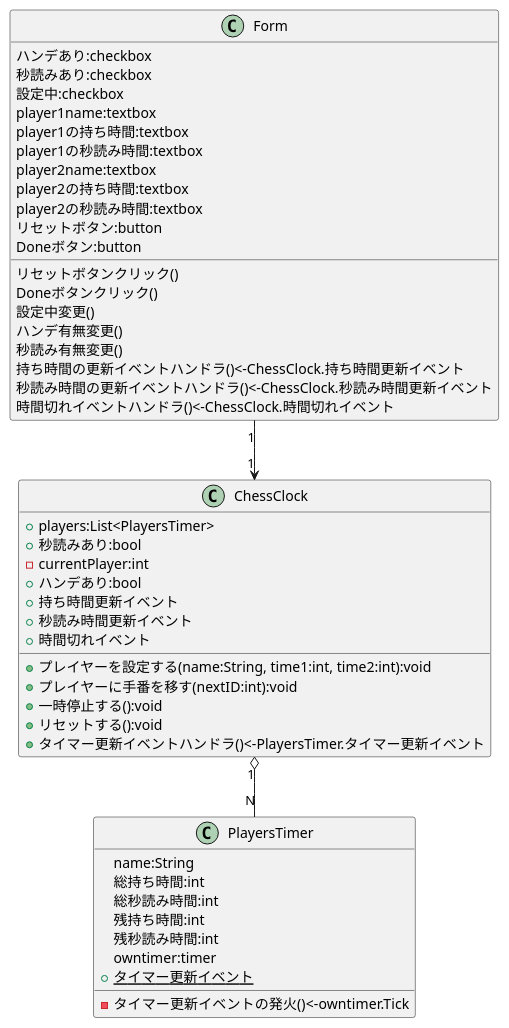
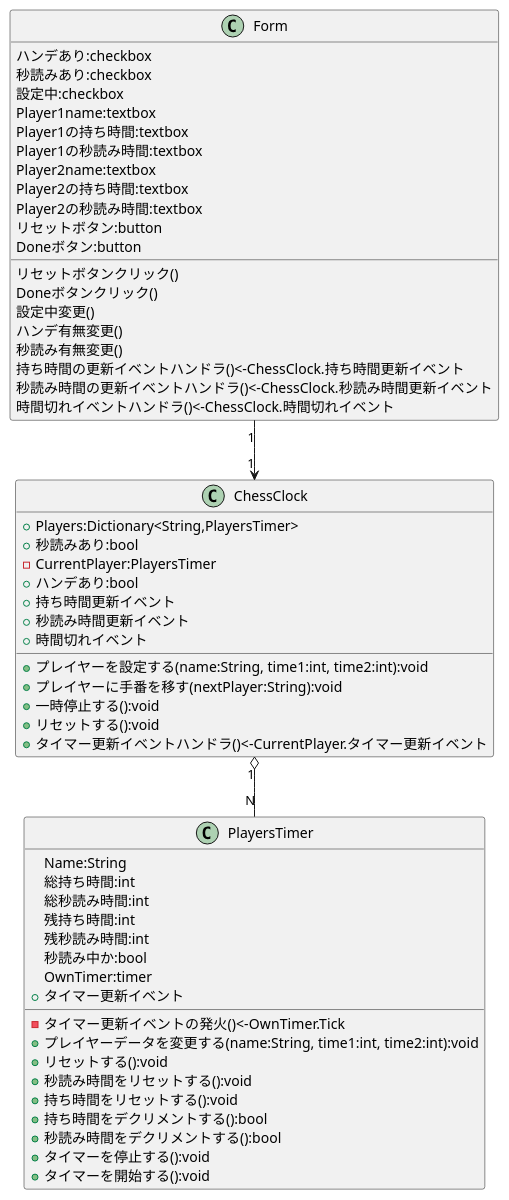
One commit to hiratashinnya/ChessClock changed the diagram in docs/07_Class.md. Above: the diagram before and after it, drawn with PlantUML.

Commit message:
クラス図の修正
フィールド名をパスカルケースに修正
【ChessClock】
Playersをリスト→辞書に変更
プレイヤーの指定方法をID→名前に変更
WithEvent変数：CurrentPlayerの追加

【PlayersTimer】
タイマー更新イベントを非静的イベントに変更
秒読み中判定フラグの追加
タイマー操作・リセット・時間のデクリメントをメソッド化

````diff
--- a/docs/07_Class.md
+++ b/docs/07_Class.md
@@ -10,57 +10,67 @@
 ```plantuml
 @startuml
 skinparam groupInheritance 3
 
 class Form{
   ハンデあり:checkbox
   秒読みあり:checkbox
   設定中:checkbox
-  player1name:textbox
-  player1の持ち時間:textbox
-  player1の秒読み時間:textbox
-  player2name:textbox
-  player2の持ち時間:textbox
-  player2の秒読み時間:textbox
+  Player1name:textbox
+  Player1の持ち時間:textbox
+  Player1の秒読み時間:textbox
+  Player2name:textbox
+  Player2の持ち時間:textbox
+  Player2の秒読み時間:textbox
   リセットボタン:button
   Doneボタン:button
   リセットボタンクリック()
   Doneボタンクリック()
   設定中変更()
   ハンデ有無変更()
   秒読み有無変更()
   持ち時間の更新イベントハンドラ()<-ChessClock.持ち時間更新イベント
   秒読み時間の更新イベントハンドラ()<-ChessClock.秒読み時間更新イベント
   時間切れイベントハンドラ()<-ChessClock.時間切れイベント
 }
 
 class ChessClock{
-  +players:List<PlayersTimer>
+  +Players:Dictionary<String,PlayersTimer>
   +秒読みあり:bool
-  -currentPlayer:int
+  -CurrentPlayer:PlayersTimer
   +ハンデあり:bool
   +持ち時間更新イベント
   +秒読み時間更新イベント
   +時間切れイベント
   
   +プレイヤーを設定する(name:String, time1:int, time2:int):void
-  +プレイヤーに手番を移す(nextID:int):void
+  +プレイヤーに手番を移す(nextPlayer:String):void
   +一時停止する():void
   +リセットする():void
-  +タイマー更新イベントハンドラ()<-PlayersTimer.タイマー更新イベント
+  +タイマー更新イベントハンドラ()<-CurrentPlayer.タイマー更新イベント
 }
 
 class PlayersTimer{
-  name:String
+  Name:String
   総持ち時間:int
   総秒読み時間:int
   残持ち時間:int
   残秒読み時間:int
-  owntimer:timer
-  +{static}タイマー更新イベント
-  -タイマー更新イベントの発火()<-owntimer.Tick
+  秒読み中か:bool
+  OwnTimer:timer
+  +タイマー更新イベント
+
+  -タイマー更新イベントの発火()<-OwnTimer.Tick
+  +プレイヤーデータを変更する(name:String, time1:int, time2:int):void
+  +リセットする():void
+  +秒読み時間をリセットする():void
+  +持ち時間をリセットする():void
+  +持ち時間をデクリメントする():bool
+  +秒読み時間をデクリメントする():bool
+  +タイマーを停止する():void
+  +タイマーを開始する():void
 }
 
 Form "1" --> "1" ChessClock
 ChessClock "1" o-- "N" PlayersTimer
 @enduml
 ```
````
